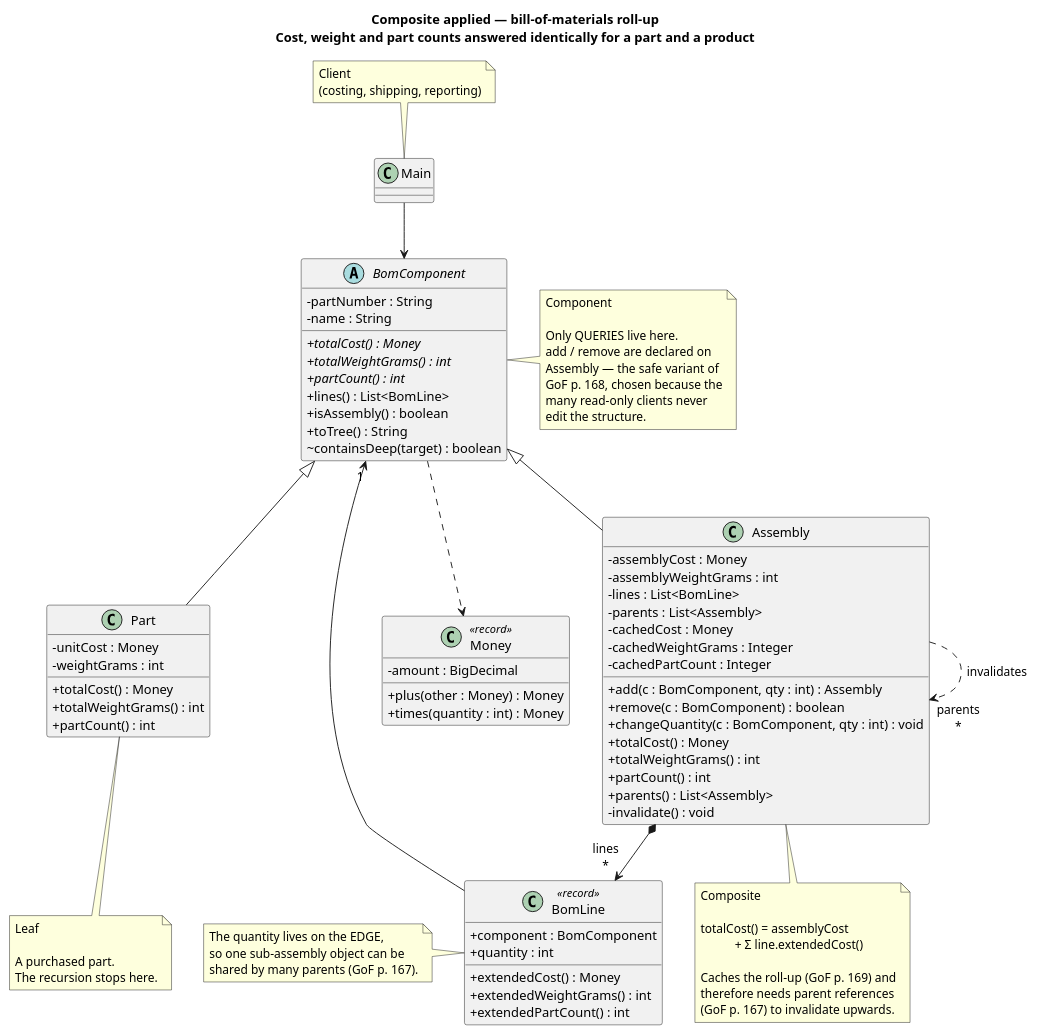
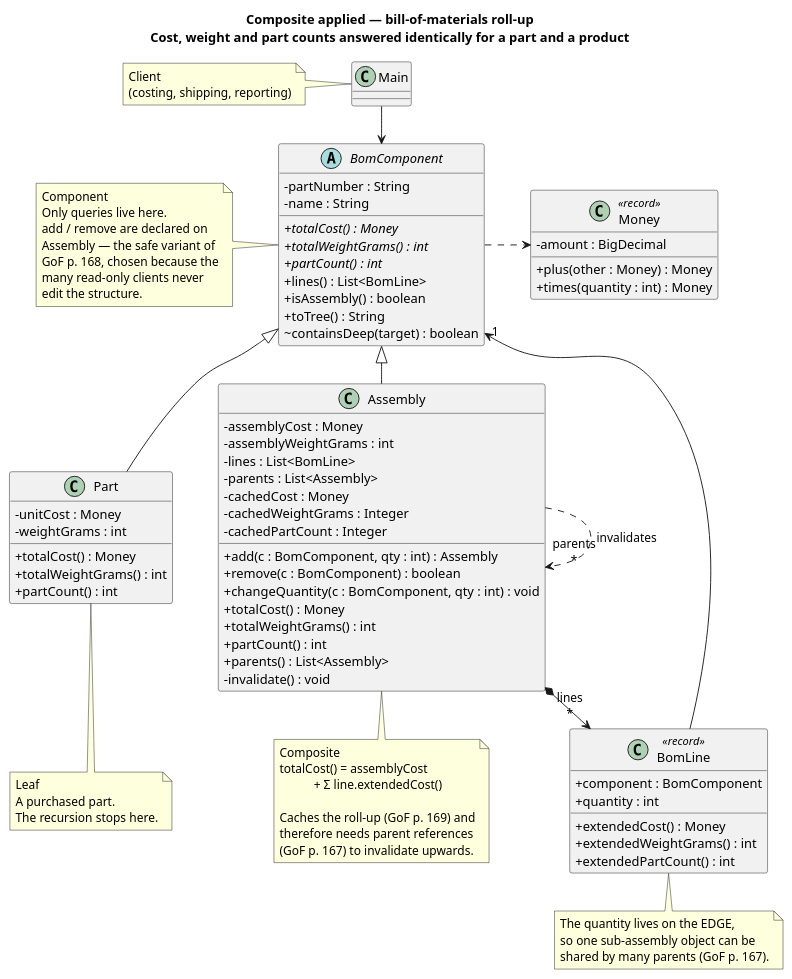
One commit to kaldiroglu/DesignPatternsWithJava changed the diagram in src/main/java/dev/kaldiroglu/dp/structural/composite/bom/solution/CD.puml. Above: the diagram before and after it, drawn with PlantUML.

Commit message:
Composite BoM: tighten the solution class diagram
Layout and wording pass on the solution CD: explicit nodesep/ranksep, the
Component note moved to the left, and the blank lines dropped from the note
bodies so each note reads as one block.

```diff
--- a/src/main/java/dev/kaldiroglu/dp/structural/composite/bom/solution/CD.puml
+++ b/src/main/java/dev/kaldiroglu/dp/structural/composite/bom/solution/CD.puml
@@ -1,99 +1,99 @@
 @startuml Composite-BOM
 skinparam classAttributeIconSize 0
+skinparam nodesep 50
+skinparam ranksep 40
+
 title Composite applied — bill-of-materials roll-up\nCost, weight and part counts answered identically for a part and a product
 
 abstract class BomComponent {
   - partNumber : String
   - name : String
   + {abstract} totalCost() : Money
   + {abstract} totalWeightGrams() : int
   + {abstract} partCount() : int
   + lines() : List<BomLine>
   + isAssembly() : boolean
   + toTree() : String
   ~ containsDeep(target) : boolean
 }
-note right of BomComponent
+note left of BomComponent
   Component
-
-  Only QUERIES live here.
+  Only queries live here.
   add / remove are declared on
   Assembly — the safe variant of
   GoF p. 168, chosen because the
   many read-only clients never
   edit the structure.
 end note
 
 class Part {
   - unitCost : Money
   - weightGrams : int
   + totalCost() : Money
   + totalWeightGrams() : int
   + partCount() : int
 }
 note bottom of Part
   Leaf
-
   A purchased part.
   The recursion stops here.
 end note
 
 class Assembly {
   - assemblyCost : Money
   - assemblyWeightGrams : int
   - lines : List<BomLine>
   - parents : List<Assembly>
   - cachedCost : Money
   - cachedWeightGrams : Integer
   - cachedPartCount : Integer
   + add(c : BomComponent, qty : int) : Assembly
   + remove(c : BomComponent) : boolean
   + changeQuantity(c : BomComponent, qty : int) : void
   + totalCost() : Money
   + totalWeightGrams() : int
   + partCount() : int
   + parents() : List<Assembly>
   - invalidate() : void
 }
 note bottom of Assembly
   Composite
-
   totalCost() = assemblyCost
              + Σ line.extendedCost()
 
   Caches the roll-up (GoF p. 169) and
   therefore needs parent references
   (GoF p. 167) to invalidate upwards.
 end note
 
 class BomLine <<record>> {
   + component : BomComponent
   + quantity : int
   + extendedCost() : Money
   + extendedWeightGrams() : int
   + extendedPartCount() : int
 }
-note left of BomLine
+note bottom of BomLine
   The quantity lives on the EDGE,
   so one sub-assembly object can be
   shared by many parents (GoF p. 167).
 end note
 
 class Money <<record>> {
   - amount : BigDecimal
   + plus(other : Money) : Money
   + times(quantity : int) : Money
 }
 
 class Main
-note top of Main : Client\n(costing, shipping, reporting)
+note left of Main : Client\n(costing, shipping, reporting)
 
 Main --> BomComponent
 BomComponent <|-- Part
 BomComponent <|-- Assembly
 Assembly *--> "lines\n*" BomLine
 BomLine --> "1" BomComponent
 Assembly ..> "parents\n*" Assembly : invalidates
-BomComponent ..> Money
+BomComponent .right.> Money
 
 @enduml
```
